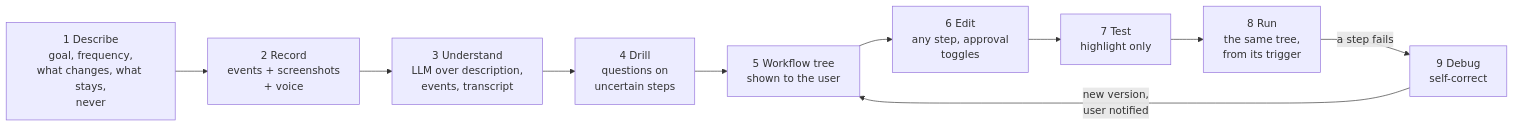
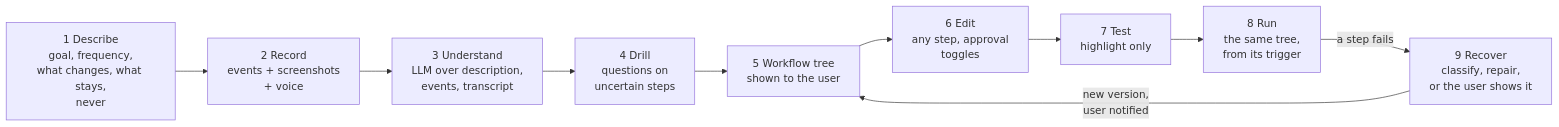
The first of 3 diagrams in docs/design.md (Akshat-Soni02/nxn-global-ai-hackathon-personal-agent), drawn with Mermaid before and after one commit. The commit also changed other lines of this file and 1 other file, not shown here.

First line of the commit message:
docs: frame failure recovery: classify, whole-workflow repair, pause and show

````diff
--- a/docs/design.md
+++ b/docs/design.md
@@ -13,12 +13,12 @@
 ```mermaid
 flowchart LR
   D["1 Describe<br/>goal, frequency,<br/>what changes, what stays,<br/>never"] --> R["2 Record<br/>events + screenshots<br/>+ voice"]
   R --> U["3 Understand<br/>LLM over description,<br/>events, transcript"]
   U --> Q["4 Drill<br/>questions on<br/>uncertain steps"]
   Q --> T["5 Workflow tree<br/>shown to the user"]
   T --> E["6 Edit<br/>any step, approval<br/>toggles"]
   E --> H["7 Test<br/>highlight only"]
   H --> P["8 Run<br/>the same tree,<br/>from its trigger"]
-  P -- "a step fails" --> G["9 Debug<br/>self-correct"]
+  P -- "a step fails" --> G["9 Recover<br/>classify, repair,<br/>or the user shows it"]
   G -- "new version,<br/>user notified" --> T
 ```
````
